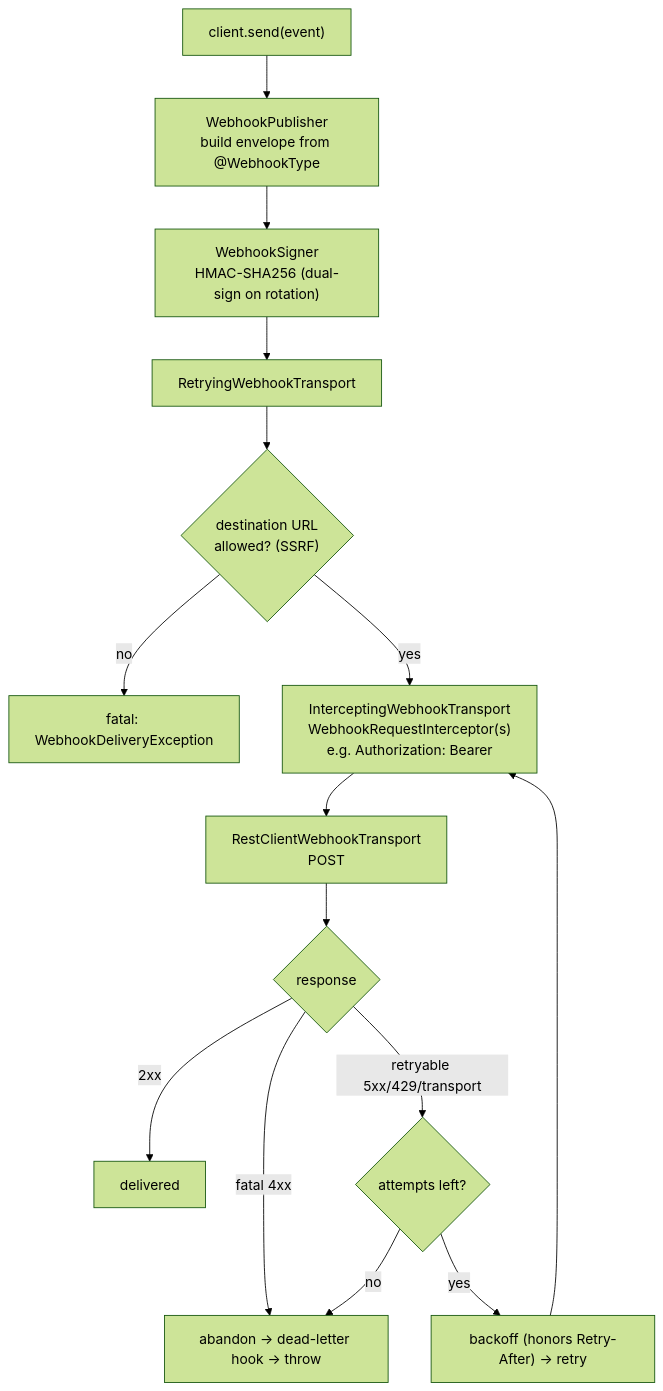
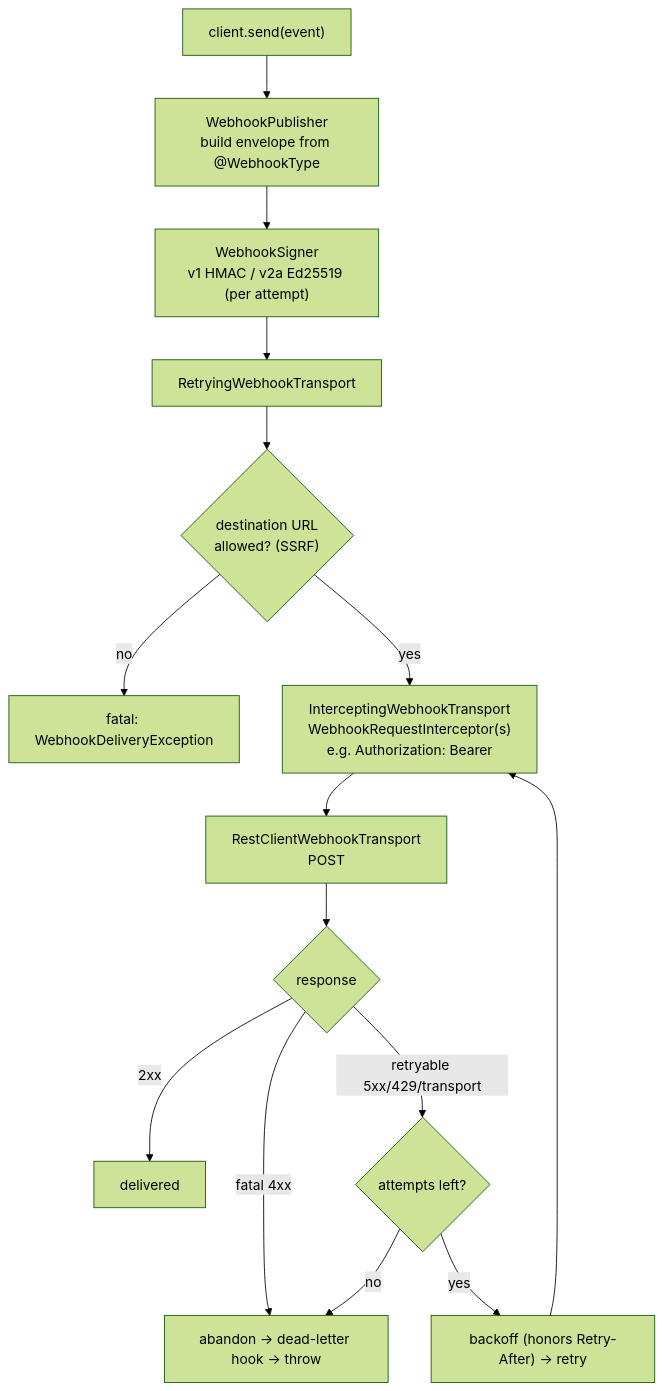
Before and after one commit to jinternals/webhooks: the third of 4 diagrams in docs/architecture.md, drawn with Mermaid (forest theme). The commit also changed other lines of this file and 5 other files, not shown here.

Commit message:
Sync remaining architecture, status-code, contributing, and changelog docs

````diff
--- a/docs/architecture.md
+++ b/docs/architecture.md
@@ -108,17 +108,17 @@
 ```mermaid
 flowchart TD
     Call["client.send(event)"] --> Pub["WebhookPublisher<br/>build envelope from @WebhookType"]
-    Pub --> Sign["WebhookSigner<br/>HMAC-SHA256 (dual-sign on rotation)"]
+    Pub --> Sign["WebhookSigner<br/>v1 HMAC / v2a Ed25519 (per attempt)"]
     Sign --> Retry["RetryingWebhookTransport"]
     Retry --> Guard{"destination URL<br/>allowed? (SSRF)"}
     Guard -- no --> Fatal["fatal: WebhookDeliveryException"]
     Guard -- yes --> Intercept["InterceptingWebhookTransport<br/>WebhookRequestInterceptor(s)<br/>e.g. Authorization: Bearer"]
     Intercept --> Base["RestClientWebhookTransport<br/>POST"]
     Base --> Resp{"response"}
     Resp -- "2xx" --> Done["delivered"]
     Resp -- "fatal 4xx" --> Abandon["abandon → dead-letter hook → throw"]
     Resp -- "retryable 5xx/429/transport" --> More{"attempts left?"}
     More -- yes --> Backoff["backoff (honors Retry-After) → retry"]
     Backoff --> Intercept
     More -- no --> Abandon
 ```
````
